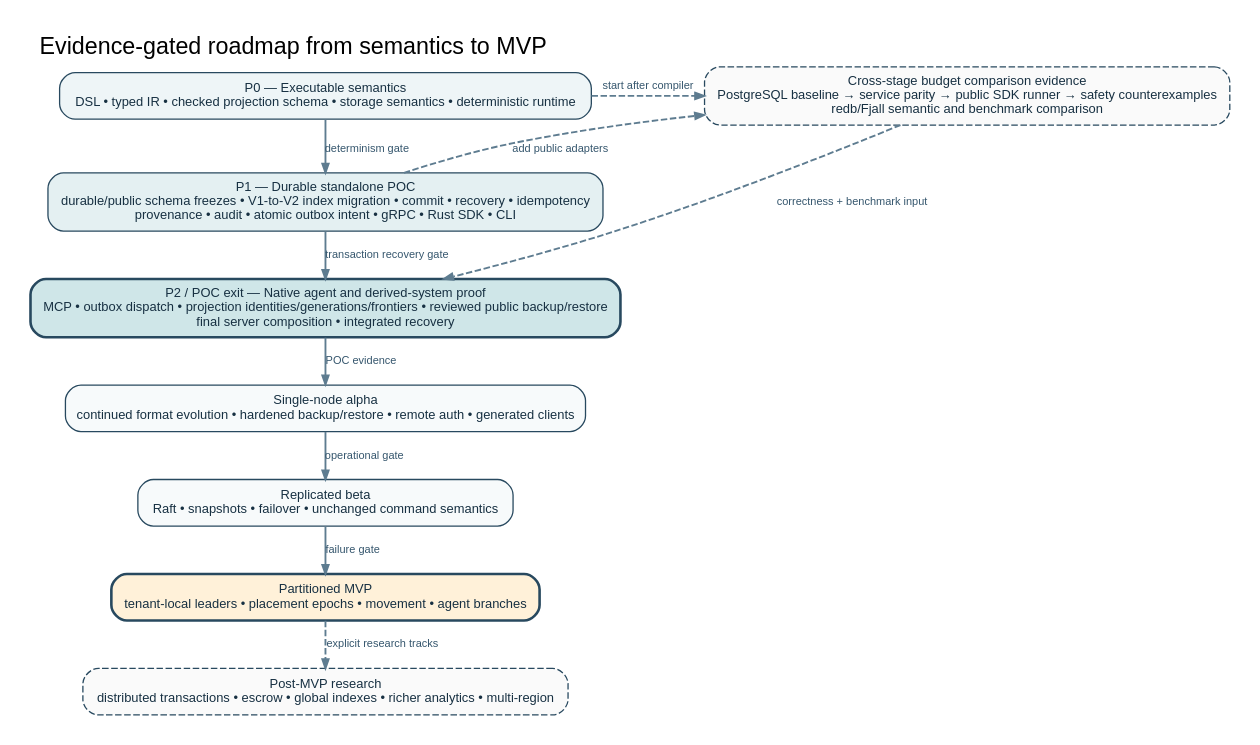
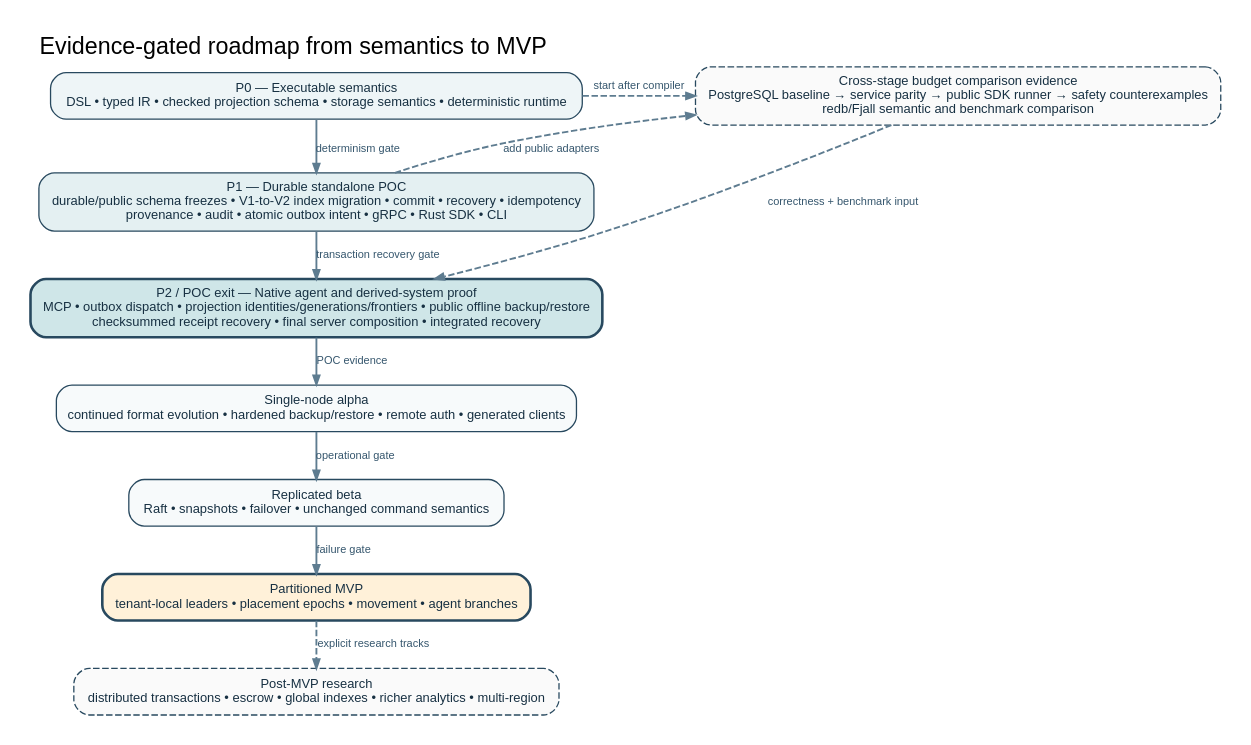
One commit to riffdb/riffdb changed the diagram in diagrams/roadmap.dot. Above: the diagram before and after it, drawn with Graphviz. The commit also changed 308 other files, not shown here.

First line of the commit message:
feat(poc): complete standalone P2 proof

```diff
--- a/diagrams/roadmap.dot
+++ b/diagrams/roadmap.dot
@@ -1,24 +1,24 @@
 digraph G {
   graph [rankdir=TB, bgcolor="white", pad="0.22", nodesep="0.25", ranksep="0.38", fontname="Liberation Sans", fontsize=18, label="Evidence-gated roadmap from semantics to MVP", labelloc="t", labeljust="l"];
   node [shape=box, style="rounded,filled", fontname="Liberation Sans", fontsize=10, margin="0.16,0.08", color="#28495F", fillcolor="#F7FAFB", fontcolor="#173042"];
   edge [color="#5E7C90", penwidth=1.45, arrowsize=0.70, fontname="Liberation Sans", fontsize=8.5, fontcolor="#35566D"];
 
   p0 [label="P0 — Executable semantics\nDSL • typed IR • checked projection schema • storage semantics • deterministic runtime", fillcolor="#EEF5F7"];
   p1 [label="P1 — Durable standalone POC\ndurable/public schema freezes • V1-to-V2 index migration • commit • recovery • idempotency\nprovenance • audit • atomic outbox intent • gRPC • Rust SDK • CLI", fillcolor="#E4F0F2"];
-  p2 [label="P2 / POC exit — Native agent and derived-system proof\nMCP • outbox dispatch • projection identities/generations/frontiers • reviewed public backup/restore\nfinal server composition • integrated recovery", fillcolor="#CFE6E8", penwidth=2.0];
+  p2 [label="P2 / POC exit — Native agent and derived-system proof\nMCP • outbox dispatch • projection identities/generations/frontiers • public offline backup/restore\nchecksummed receipt recovery • final server composition • integrated recovery", fillcolor="#CFE6E8", penwidth=2.0];
   evidence [label="Cross-stage budget comparison evidence\nPostgreSQL baseline → service parity → public SDK runner → safety counterexamples\nredb/Fjall semantic and benchmark comparison", style="rounded,filled,dashed", fillcolor="#FAFAFA"];
   a [label="Single-node alpha\ncontinued format evolution • hardened backup/restore • remote auth • generated clients"];
   b [label="Replicated beta\nRaft • snapshots • failover • unchanged command semantics"];
   c [label="Partitioned MVP\ntenant-local leaders • placement epochs • movement • agent branches", fillcolor="#FFF1D9", penwidth=2.0];
   post [label="Post-MVP research\ndistributed transactions • escrow • global indexes • richer analytics • multi-region", style="rounded,filled,dashed", fillcolor="#FAFAFA"];
 
   p0 -> p1 [label="determinism gate"];
   p1 -> p2 [label="transaction recovery gate"];
   p0 -> evidence [style=dashed, label="start after compiler", constraint=false];
   p1 -> evidence [style=dashed, label="add public adapters", constraint=false];
   evidence -> p2 [style=dashed, label="correctness + benchmark input", constraint=false];
   p2 -> a [label="POC evidence"];
   a -> b [label="operational gate"];
   b -> c [label="failure gate"];
   c -> post [style=dashed, label="explicit research tracks"];
 }
```
